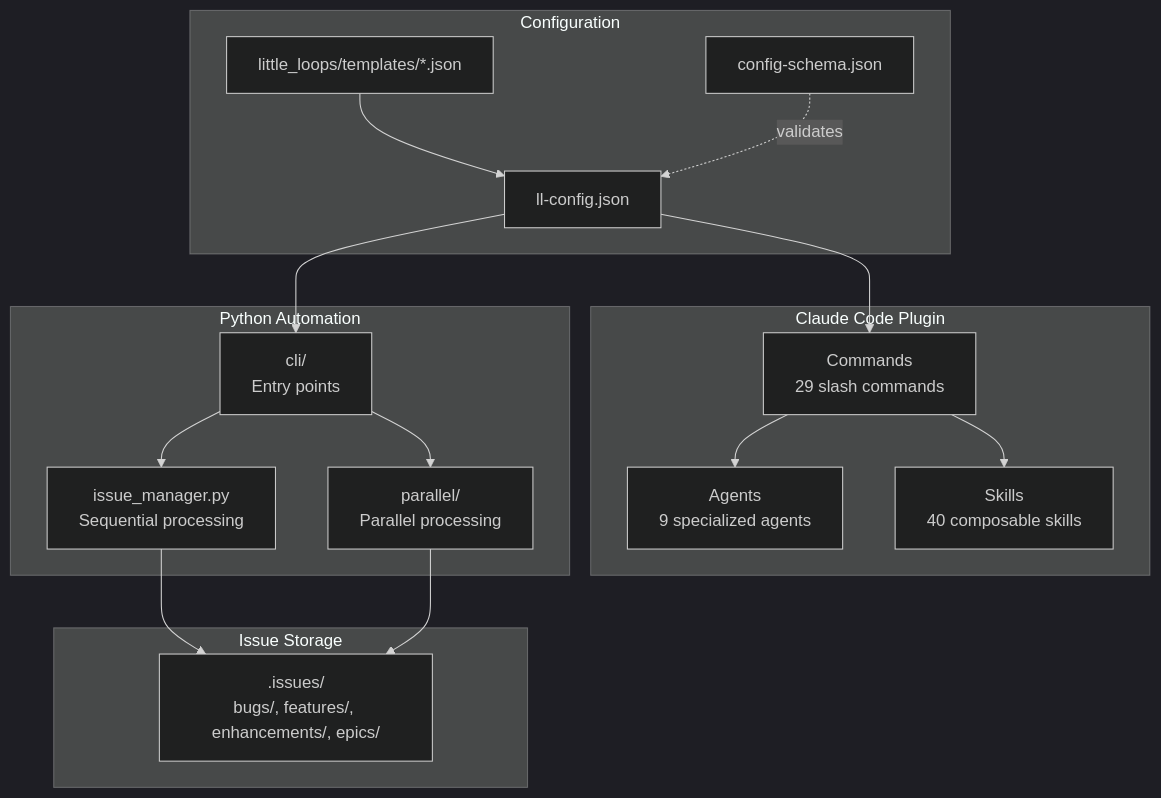
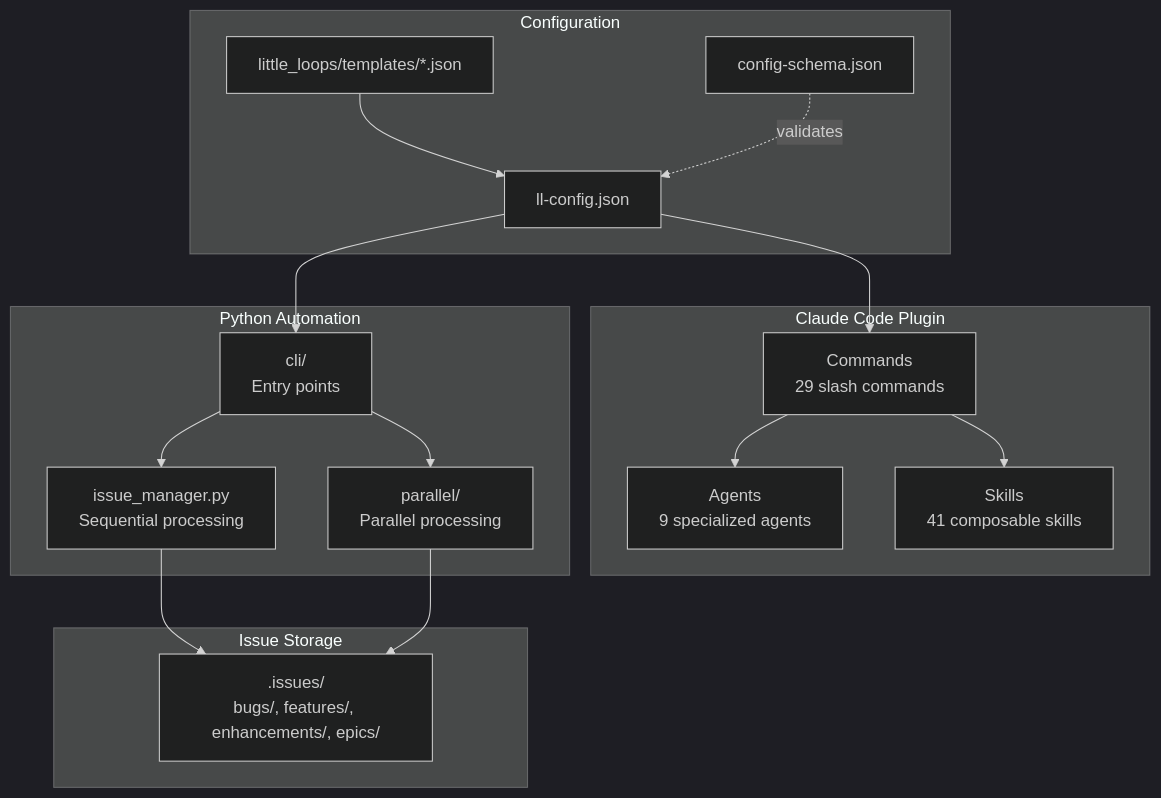
The first of 17 diagrams in docs/ARCHITECTURE.md (BrennonTWilliams/little-loops), drawn with Mermaid (dark theme) before and after one commit. The commit also changed other lines of this file and 2 other files, not shown here.

Commit message:
docs: update skill count from 40 to 41 across README, CONTRIBUTING, ARCHITECTURE

````diff
--- a/docs/ARCHITECTURE.md
+++ b/docs/ARCHITECTURE.md
@@ -21,35 +21,35 @@
 ```mermaid
 flowchart TB
     subgraph "Claude Code Plugin"
         CMD[Commands<br/>29 slash commands]
         AGT[Agents<br/>9 specialized agents]
-        SKL[Skills<br/>40 composable skills]
+        SKL[Skills<br/>41 composable skills]
     end
 
     subgraph "Configuration"
         CFG[ll-config.json]
         SCHEMA[config-schema.json]
         TPL[little_loops/templates/*.json]
     end
 
     subgraph "Python Automation"
         CLI[cli/<br/>Entry points]
         AUTO[issue_manager.py<br/>Sequential processing]
         PARALLEL[parallel/<br/>Parallel processing]
     end
 
     subgraph "Issue Storage"
         ISSUES[.issues/<br/>bugs/, features/, enhancements/, epics/]
     end
 
     CFG --> CMD
     TPL --> CFG
     SCHEMA -.->|validates| CFG
     CFG --> CLI
     CMD --> AGT
     CMD --> SKL
     CLI --> AUTO
     CLI --> PARALLEL
     AUTO --> ISSUES
     PARALLEL --> ISSUES
 ```
````
